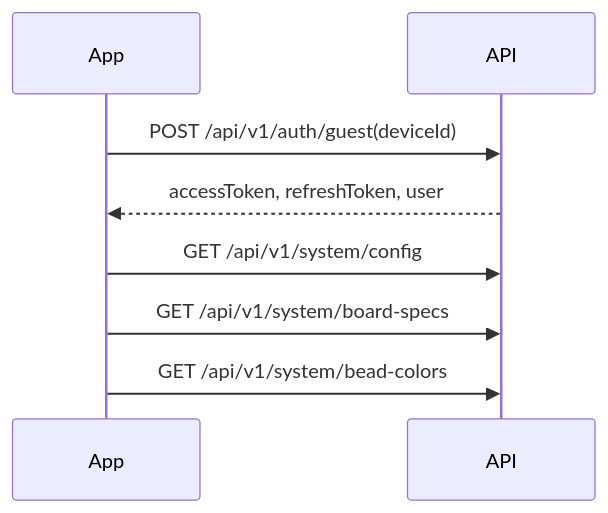
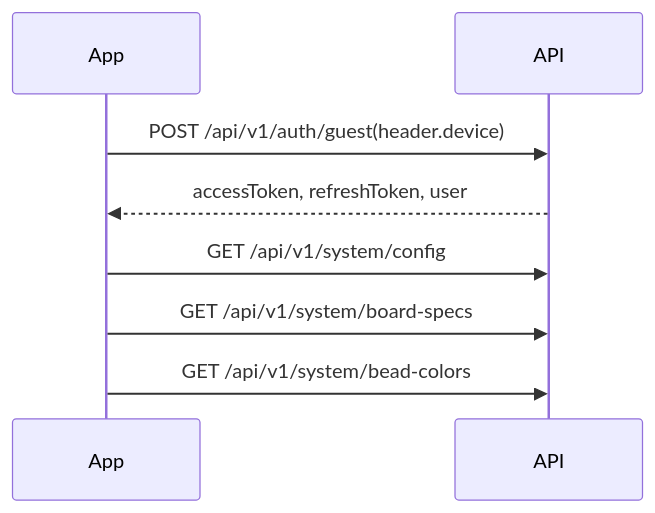
The first of 4 diagrams in docs/flutter-client-api-integration.md (ZHAOJIABO/pinto_server), drawn with Mermaid before and after one commit. The commit also changed other lines of this file and 25 other files, not shown here.

````diff
--- a/docs/flutter-client-api-integration.md
+++ b/docs/flutter-client-api-integration.md
@@ -282,10 +282,10 @@
 ```mermaid
 sequenceDiagram
     participant App
     participant API
-    App->>API: POST /api/v1/auth/guest(deviceId)
+    App->>API: POST /api/v1/auth/guest(header.device)
     API-->>App: accessToken, refreshToken, user
     App->>API: GET /api/v1/system/config
     App->>API: GET /api/v1/system/board-specs
     App->>API: GET /api/v1/system/bead-colors
 ```
````
